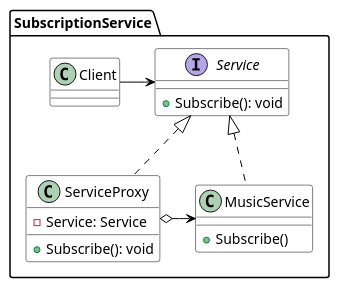
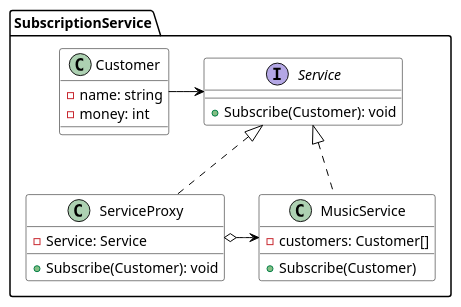
One commit to rovany706/design-patterns changed the diagram in Proxy/docs/img/Task_CD.puml. Above: the diagram before and after it, drawn with PlantUML. The commit also changed 15 other files, not shown here.

```diff
--- a/Proxy/docs/img/Task_CD.puml
+++ b/Proxy/docs/img/Task_CD.puml
@@ -1,31 +1,34 @@
 @startuml
 package "SubscriptionService" {
     skinparam class {
 	BackgroundColor White
 	ArrowColor Black
 	BorderColor Black
     }
 
-    class Client {
+    class Customer {
+        -name: string
+        -money: int
     }
 
     interface Service {
-        +Subscribe(): void
+        +Subscribe(Customer): void
     }
 
     class ServiceProxy {
         -Service: Service
-        +Subscribe(): void
+        +Subscribe(Customer): void
     }
 
     class MusicService {
-        +Subscribe()
+        -customers: Customer[]
+        +Subscribe(Customer)
     }
 
-    Client -right-> Service
+    Customer -right-> Service
     MusicService .up.|> Service
     ServiceProxy .up.|> Service
     ServiceProxy o-right-> MusicService
 
 } 
 @enduml
```
